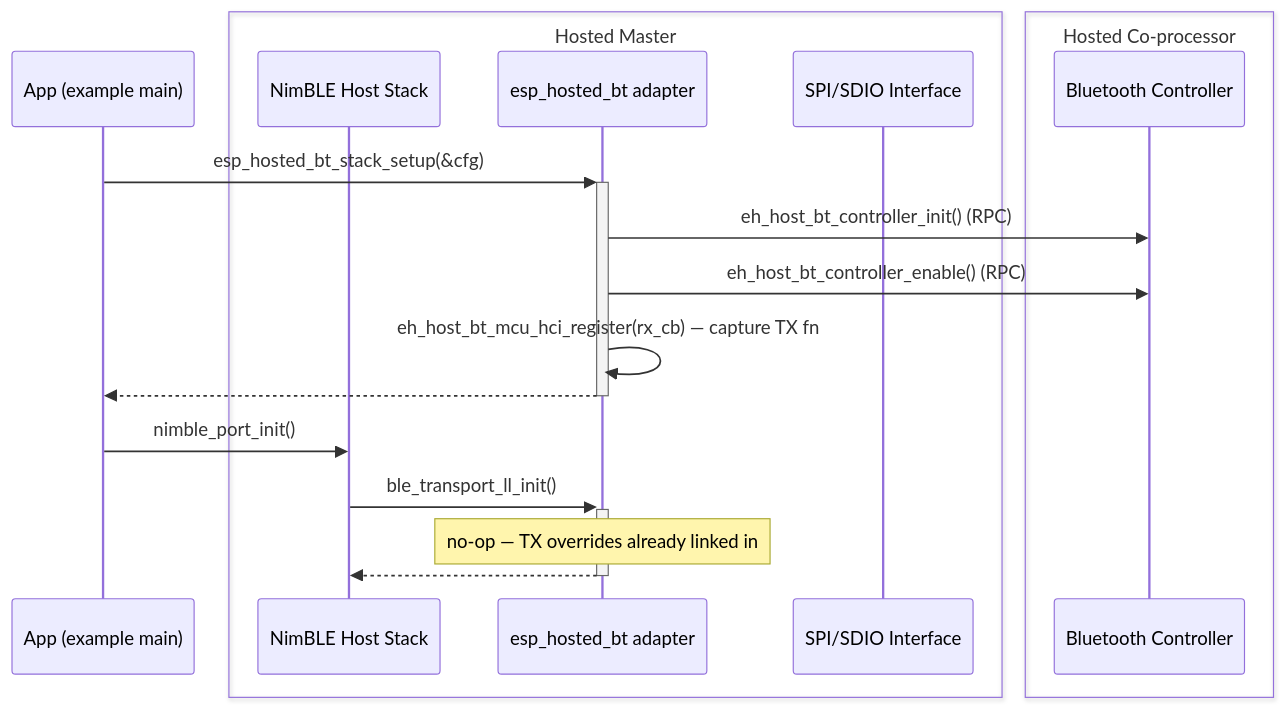
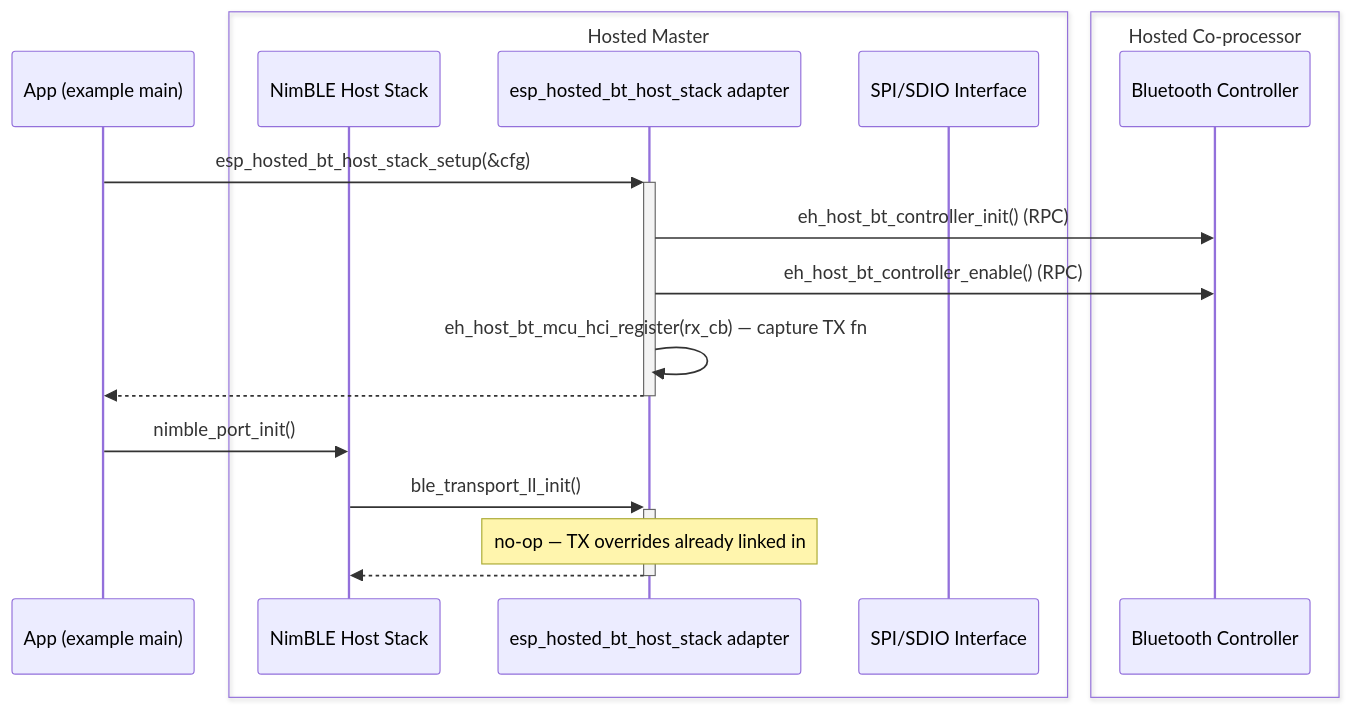
The first of 12 diagrams in docs/design/bluetooth.md (espressif/esp-hosted), drawn with Mermaid before and after one commit. The commit also changed other lines of this file and 41 other files, not shown here.

Commit message:
bt: rename the BT host-stack adapter esp_hosted_bt -> esp_hosted_bt_host_stack

````diff
--- a/docs/design/bluetooth.md
+++ b/docs/design/bluetooth.md
@@ -94,24 +94,24 @@
 ```mermaid
 sequenceDiagram
     participant app as App (example main)
     box transparent Hosted Master
     participant ble as NimBLE Host Stack
-    participant hhci as esp_hosted_bt adapter
+    participant hhci as esp_hosted_bt_host_stack adapter
     participant master as SPI/SDIO Interface
     end
 
     box transparent Hosted Co-processor
     participant slave as Bluetooth Controller
     end
 
-    app ->> +hhci : esp_hosted_bt_stack_setup(&cfg)
+    app ->> +hhci : esp_hosted_bt_host_stack_setup(&cfg)
     hhci ->> slave : eh_host_bt_controller_init() (RPC)
     hhci ->> slave : eh_host_bt_controller_enable() (RPC)
     hhci ->> hhci : eh_host_bt_mcu_hci_register(rx_cb) — capture TX fn
     hhci -->> -app :
 
     app ->> ble : nimble_port_init()
     ble ->> +hhci : ble_transport_ll_init()
     Note over hhci : no-op — TX overrides already linked in
     hhci -->> -ble :
 ```
````
